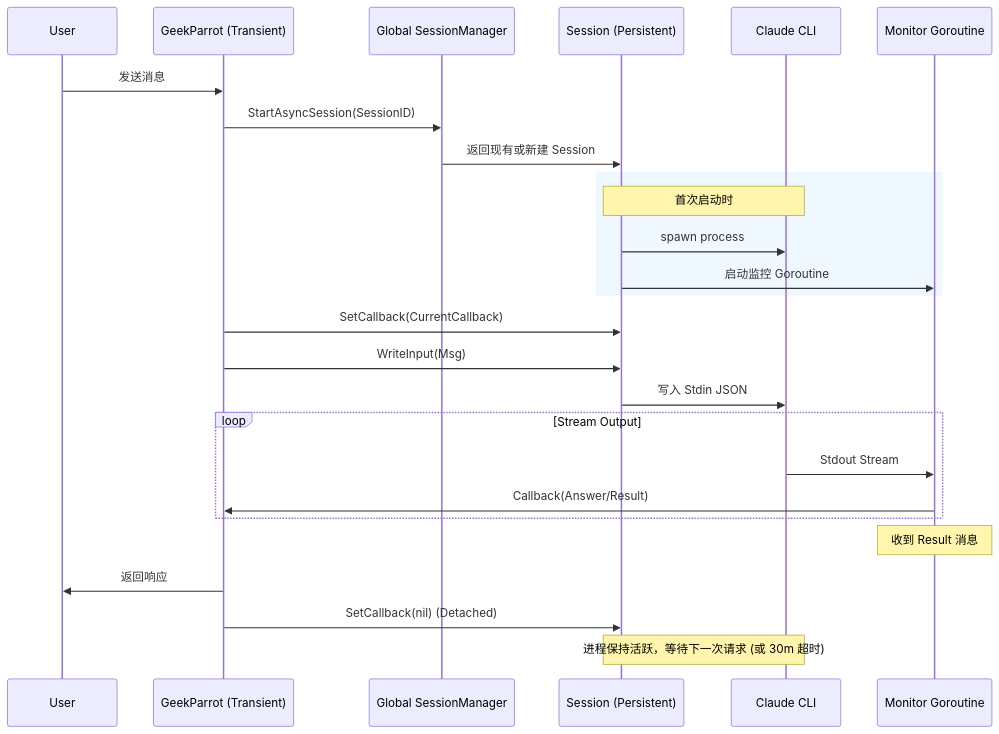
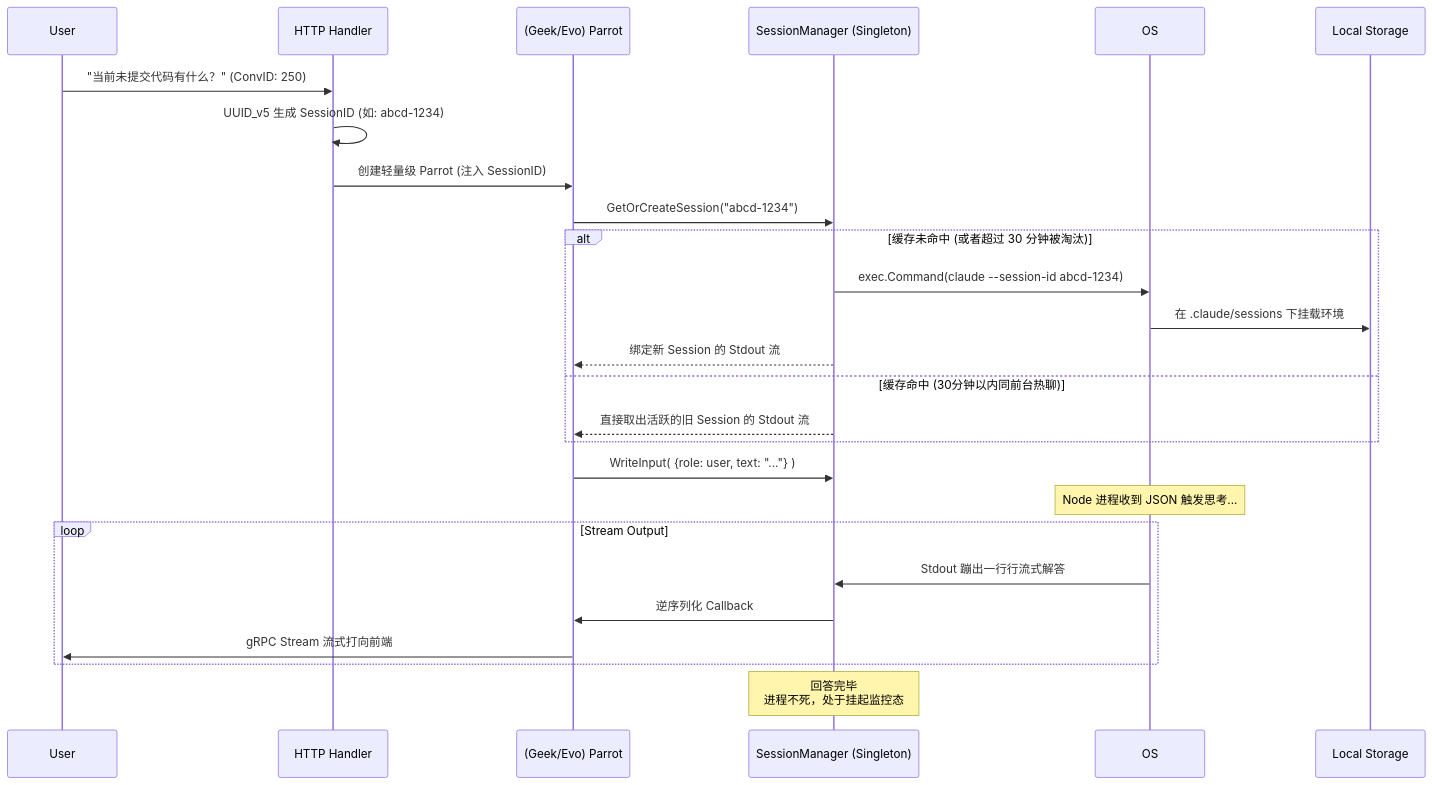
One commit to 88lin/divinesense changed the second of 2 diagrams in docs/architecture/cc-runner-architecture.md. Above: the diagram before and after it, drawn with Mermaid. The commit also changed other lines of this file and 23 other files, not shown here.

````diff
--- a/docs/architecture/cc-runner-architecture.md
+++ b/docs/architecture/cc-runner-architecture.md
@@ -141,34 +117,35 @@
 ```mermaid
 sequenceDiagram
     participant User
-    participant Geek as GeekParrot (Transient)
-    participant Manager as Global SessionManager
-    participant Session as Session (Persistent)
-    participant CLI as Claude CLI
-    participant Monitor as Monitor Goroutine
+    participant Router as HTTP Handler
+    participant Parrot as (Geek/Evo) Parrot
+    participant Mgr as SessionManager (Singleton)
+    participant OS
+    participant Disk as Local Storage
 
-    User->>Geek: 发送消息
-    Geek->>Manager: StartAsyncSession(SessionID)
-    Manager->>Session: 返回现有或新建 Session
+    User->>Router: "当前未提交代码有什么？" (ConvID: 250)
+    Router->>Router: UUID_v5 生成 SessionID (如: abcd-1234)
+    Router->>Parrot: 创建轻量级 Parrot (注入 SessionID)
     
-    rect rgb(240, 248, 255)
-        Note over Session,CLI: 首次启动时
-        Session->>CLI: spawn process
-        Session->>Monitor: 启动监控 Goroutine
+    Parrot->>Mgr: GetOrCreateSession("abcd-1234")
+    
+    alt 缓存未命中 (或者超过 30 分钟被淘汰)
+        Mgr->>OS: exec.Command(claude --session-id abcd-1234)
+        OS->>Disk: 在 .claude/sessions 下挂载环境
+        Mgr-->>Parrot: 绑定新 Session 的 Stdout 流
+    else 缓存命中 (30分钟以内同前台热聊)
+        Mgr-->>Parrot: 直接取出活跃的旧 Session 的 Stdout 流
     end
-
-    Geek->>Session: SetCallback(CurrentCallback)
-    Geek->>Session: WriteInput(Msg)
-    Session->>CLI: 写入 Stdin JSON
+    
+    Parrot->>Mgr: WriteInput( {role: user, text: "..."} )
+    
+    note over OS: Node 进程收到 JSON 触发思考...
     
     loop Stream Output
-        CLI->>Monitor: Stdout Stream
-        Monitor->>Geek: Callback(Answer/Result)
+        OS->>Mgr: Stdout 蹦出一行行流式解答
+        Mgr->>Parrot: 逆序列化 Callback
+        Parrot->>User: gRPC Stream 流式打向前端
     end
     
-    Note over Monitor: 收到 Result 消息
-    Geek->>User: 返回响应
-    Geek->>Session: SetCallback(nil) (Detached)
-    
-    Note over Session,CLI: 进程保持活跃，等待下一次请求 (或 30m 超时)
+    note over Mgr: 回答完毕 <br/> 进程不死，处于挂起监控态
 ```
````
